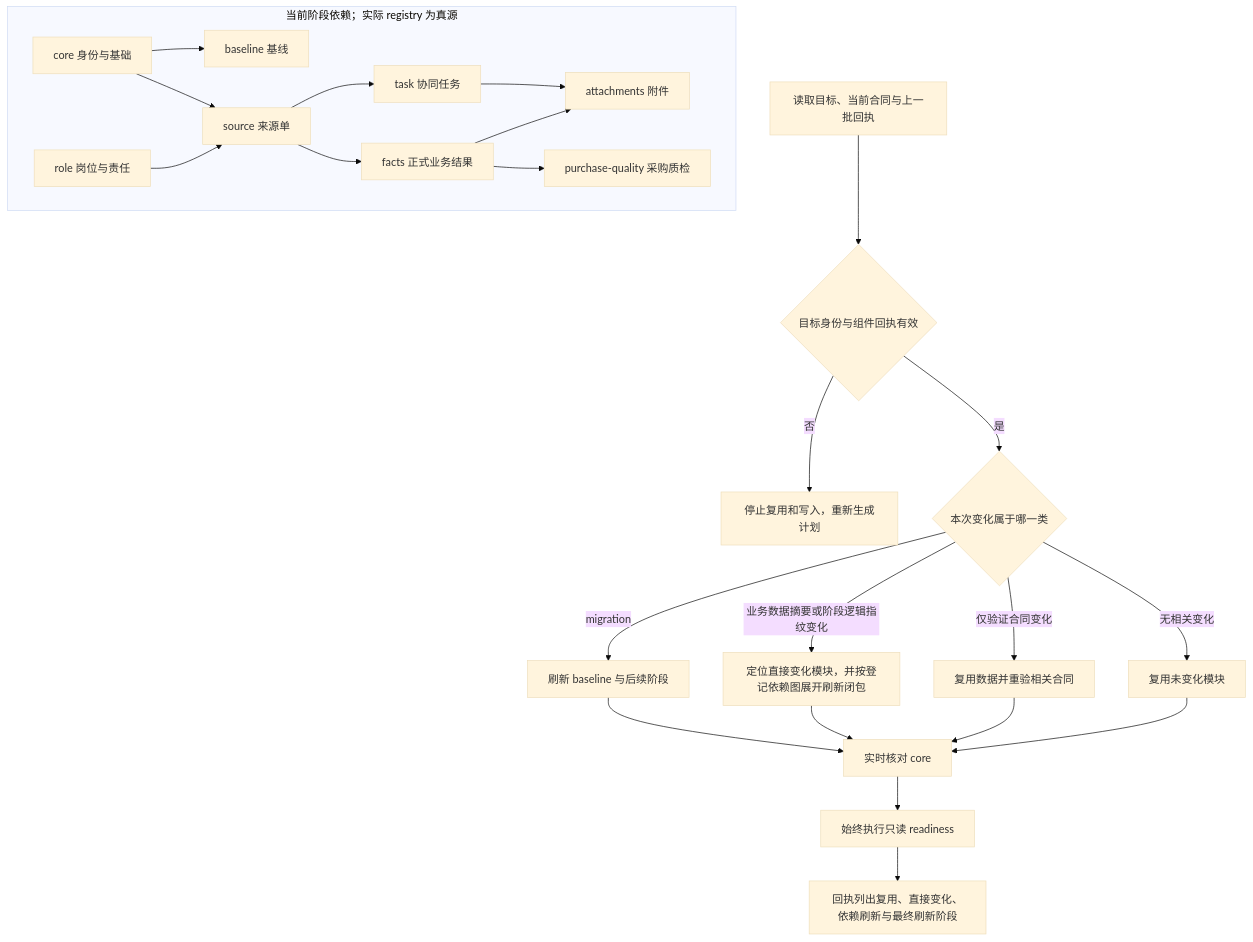
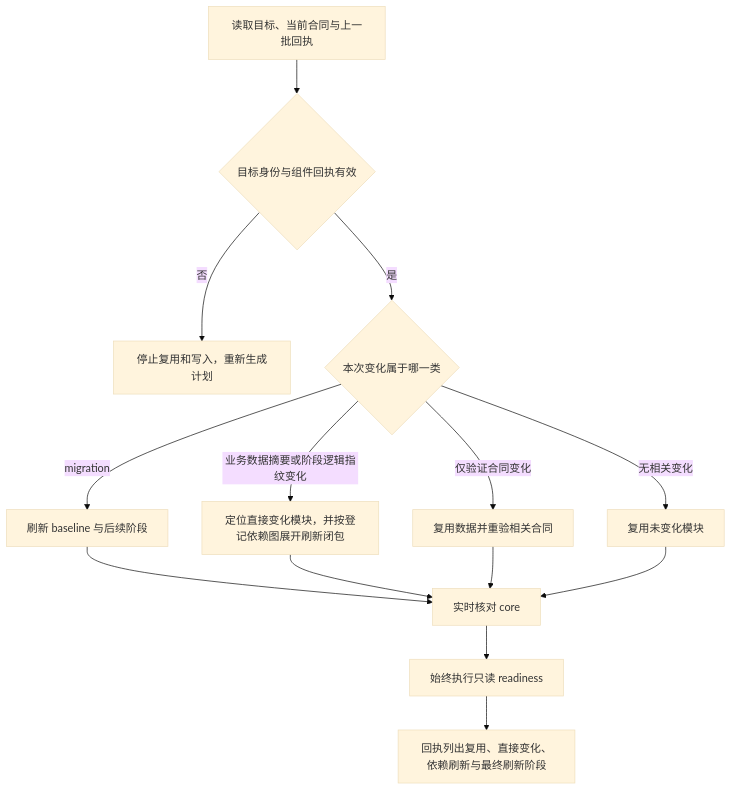
The second of 3 diagrams in docs/engineering/研发效能工作台与CI-CD设计.md (saurick/plush-toy-erp), drawn with Mermaid (base theme) before and after one commit. The commit also changed 35 other files, not shown here.

Commit message:
refactor(workbench): 收口工作台图示与说明真源

````diff
--- a/docs/engineering/研发效能工作台与CI-CD设计.md
+++ b/docs/engineering/研发效能工作台与CI-CD设计.md
@@ -380,27 +382,16 @@
 ```mermaid
 flowchart TD
   A["读取目标、当前合同与上一批回执"] --> B{"目标身份与组件回执有效"}
   B -- "否" --> X["停止复用和写入，重新生成计划"]
   B -- "是" --> C{"本次变化属于哪一类"}
   C -- "migration" --> D["刷新 baseline 与后续阶段"]
   C -- "业务数据摘要或阶段逻辑指纹变化" --> E["定位直接变化模块，并按登记依赖图展开刷新闭包"]
   C -- "仅验证合同变化" --> F["复用数据并重验相关合同"]
   C -- "无相关变化" --> G["复用未变化模块"]
   D --> H["实时核对 core"]
   E --> H
   F --> H
   G --> H
   H --> I["始终执行只读 readiness"]
   I --> J["回执列出复用、直接变化、依赖刷新与最终刷新阶段"]
-
-  subgraph Modules["当前阶段依赖；实际 registry 为真源"]
-    Core["core 身份与基础"] --> Baseline["baseline 基线"]
-    Core --> Source["source 来源单"]
-    Role["role 岗位与责任"] --> Source
-    Source --> Task["task 协同任务"]
-    Source --> Facts["facts 正式业务结果"]
-    Task --> Attachments["attachments 附件"]
-    Facts --> Quality["purchase-quality 采购质检"]
-    Facts --> Attachments
-  end
 ```
````
